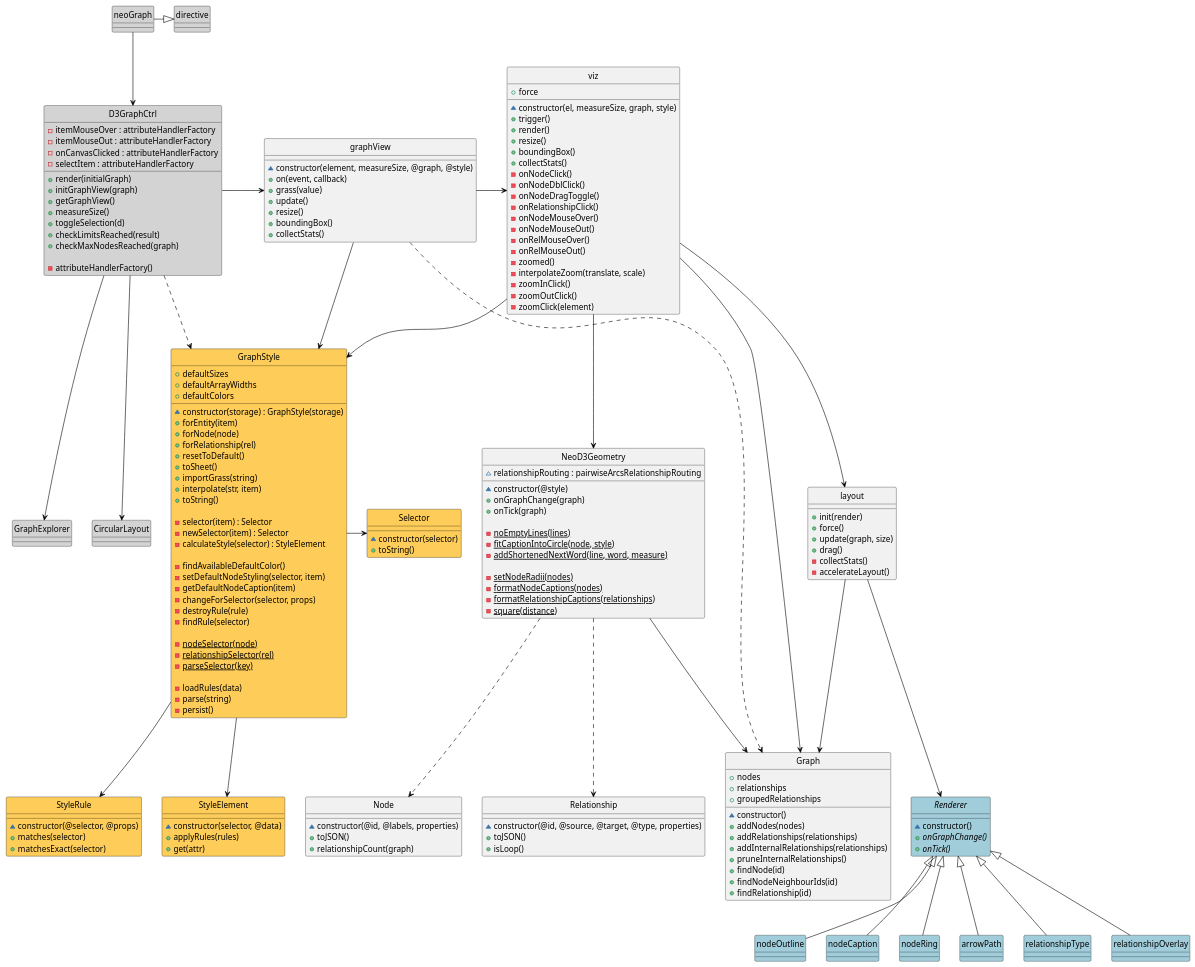
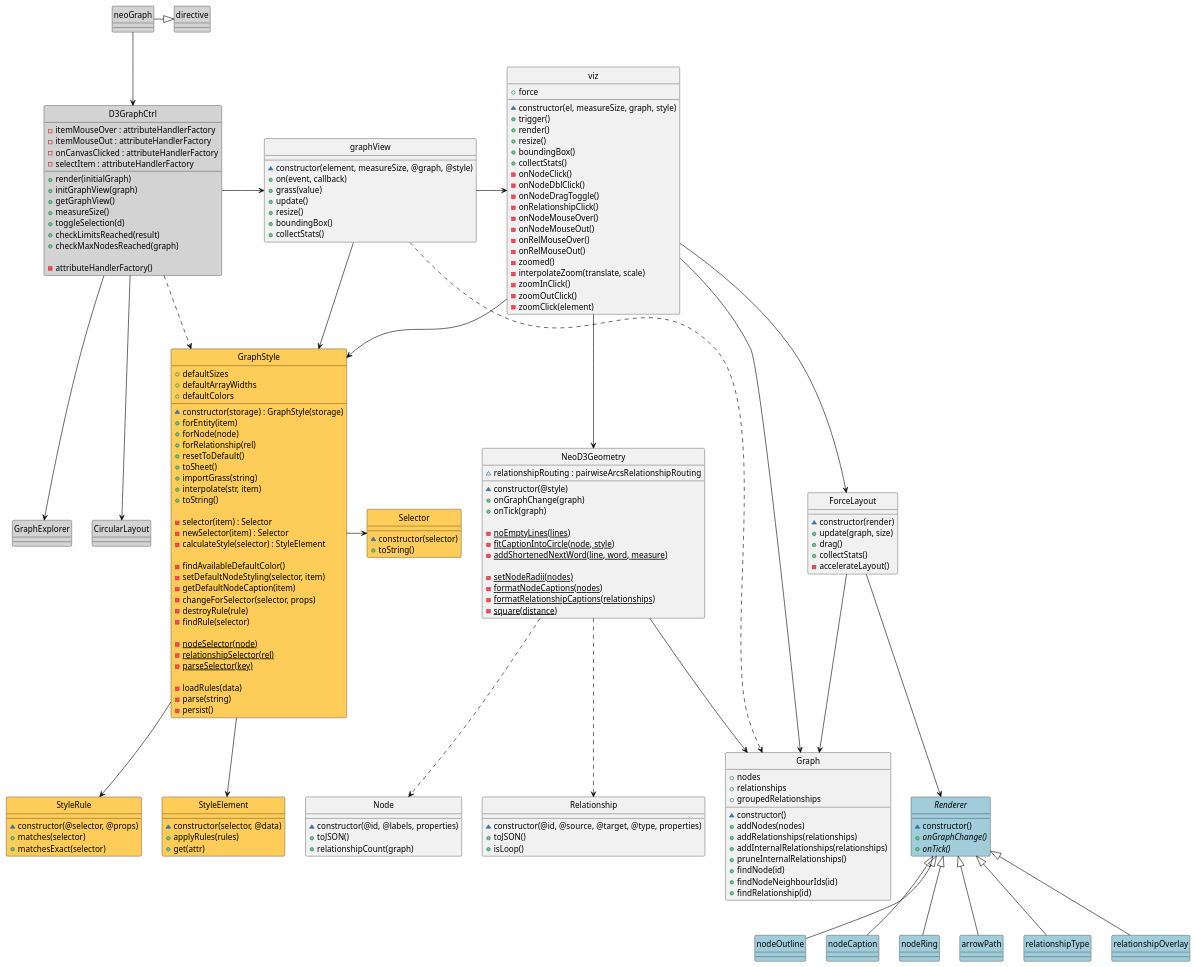
One commit to isleon/neo4j-browser changed the diagram in doc/neo4j-browser.puml. Above: the diagram before and after it, drawn with PlantUML. The commit also changed 2 other files, not shown here.

```diff
--- a/doc/neo4j-browser.puml
+++ b/doc/neo4j-browser.puml
@@ -83,15 +83,14 @@
 
 viz --> Graph
 viz -r-> GraphStyle
-viz --> layout
+viz --> ForceLayout
 viz --> NeoD3Geometry
 
-class layout {
-    +init(render)
-    +force()
+class ForceLayout {
+    ~constructor(render)
     +update(graph, size)
     +drag()
-    -collectStats()
+    +collectStats()
     -accelerateLayout()
 }
 
@@ -116,8 +115,8 @@
 NeoD3Geometry ..> Node
 NeoD3Geometry ..> Relationship
 
-layout --> Graph
-layout --> Renderer
+ForceLayout --> Graph
+ForceLayout --> Renderer
 
 class GraphStyle #FDCC59 {
     +defaultSizes
```
